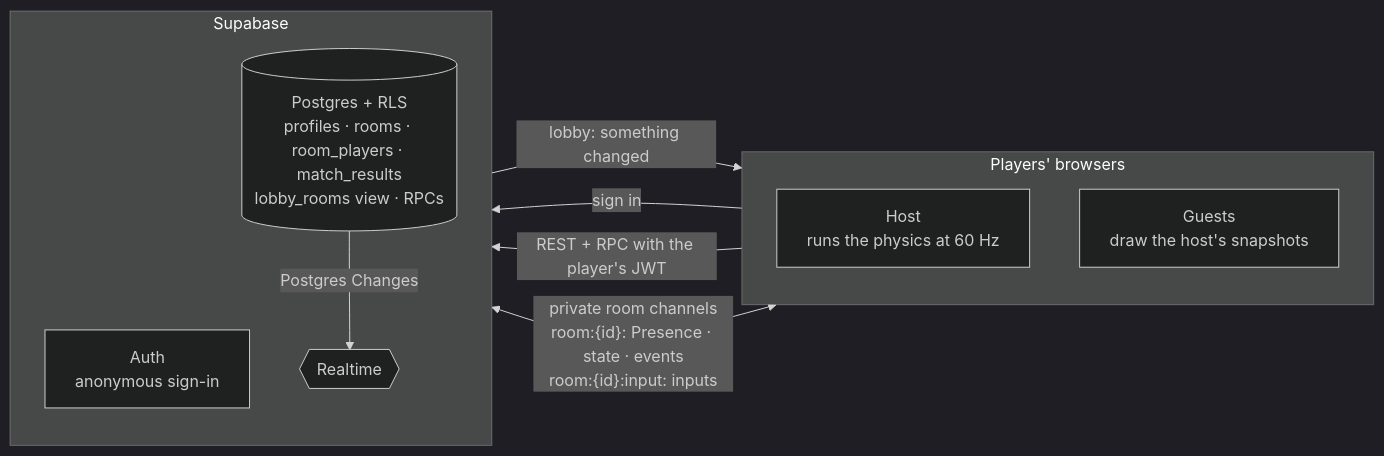
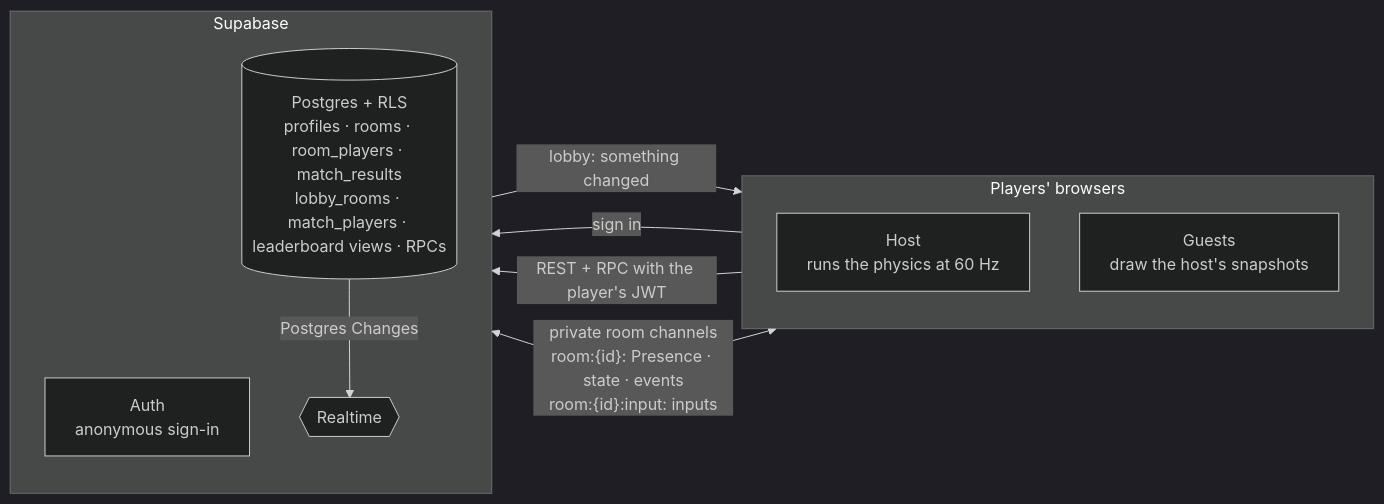
One commit to chryzmo/supapong changed the first of 2 diagrams in README.md. Above: the diagram before and after it, drawn with Mermaid (dark theme). The commit also changed other lines of this file and 2 other files, not shown here.

````diff
--- a/README.md
+++ b/README.md
@@ -29,21 +29,21 @@
 ```mermaid
 flowchart LR
   subgraph B["Players' browsers"]
     direction TB
     H["Host<br/>runs the physics at 60 Hz"]
     G["Guests<br/>draw the host's snapshots"]
   end
 
   subgraph S["Supabase"]
     direction TB
     Auth["Auth<br/>anonymous sign-in"]
-    DB[("Postgres + RLS<br/>profiles · rooms · room_players · match_results<br/>lobby_rooms view · RPCs")]
+    DB[("Postgres + RLS<br/>profiles · rooms · room_players · match_results<br/>lobby_rooms · match_players · leaderboard views · RPCs")]
     RT{{"Realtime"}}
   end
 
   B -- "sign in" --> Auth
   B -- "REST + RPC with the player's JWT" --> DB
   DB -- "Postgres Changes" --> RT
   RT -- "lobby: something changed" --> B
   B <-- "private room channels<br/>room:{id}: Presence · state · events<br/>room:{id}:input: inputs" --> RT
 ```
````
